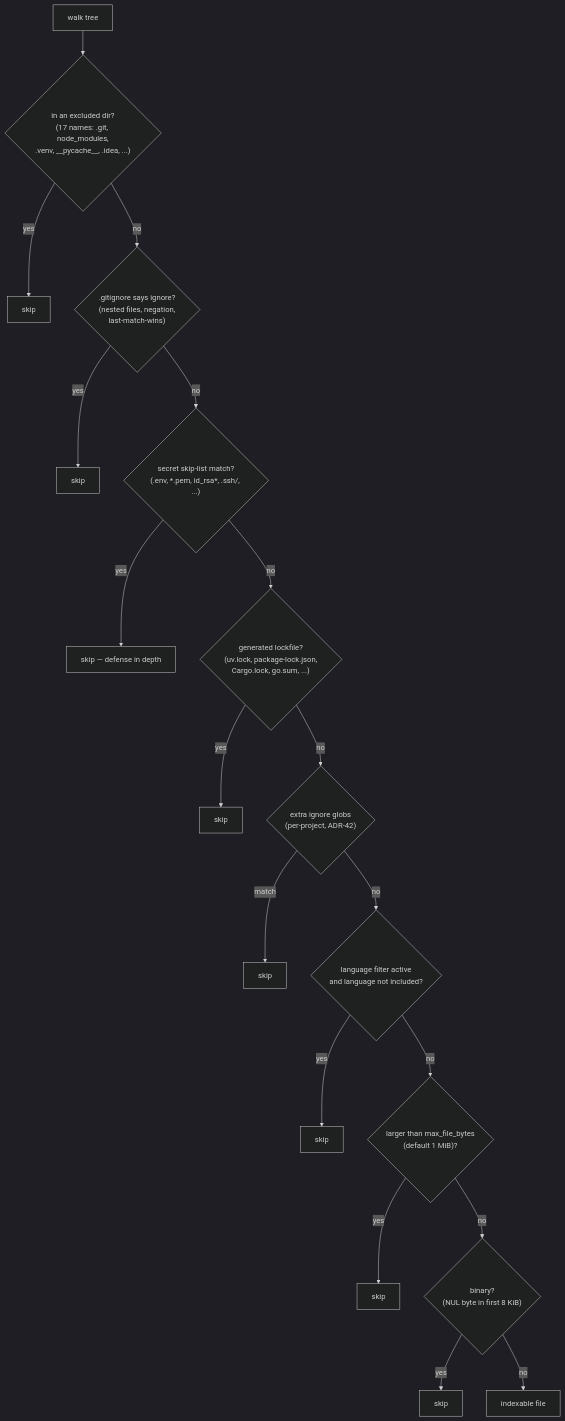
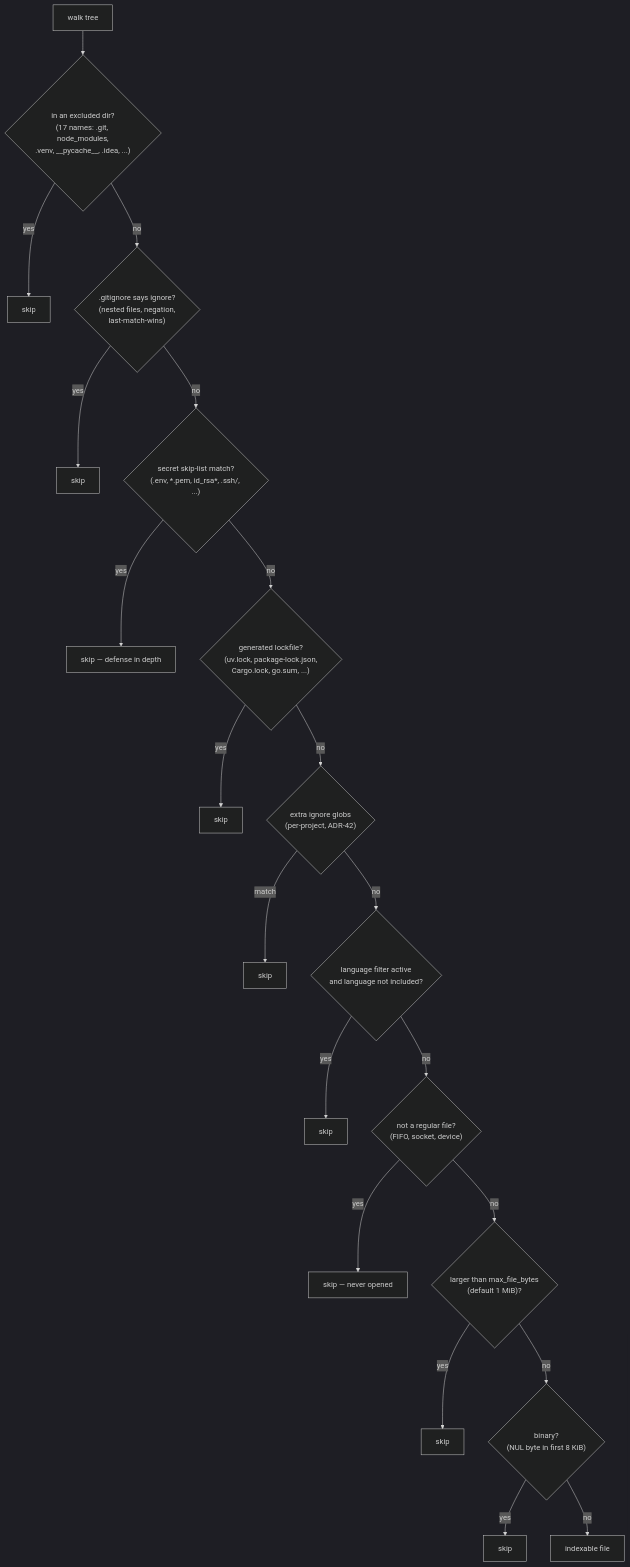
The diagram in docs/internals/discovery.md (behl1anmol/Noesis), drawn with Mermaid (dark theme) before and after one commit. The commit also changed other lines of this file and 9 other files, not shown here.

````diff
--- a/docs/internals/discovery.md
+++ b/docs/internals/discovery.md
@@ -9,20 +9,22 @@
 ```mermaid
 flowchart TB
     A["walk tree"] --> B{"in an excluded dir?\n(17 names: .git, node_modules,\n.venv, __pycache__, .idea, ...)"}
     B -- yes --> X1["skip"]
     B -- no --> C{".gitignore says ignore?\n(nested files, negation,\nlast-match-wins)"}
     C -- yes --> X2["skip"]
     C -- no --> D{"secret skip-list match?\n(.env, *.pem, id_rsa*, .ssh/, ...)"}
     D -- yes --> X3["skip — defense in depth"]
     D -- no --> E{"generated lockfile?\n(uv.lock, package-lock.json,\nCargo.lock, go.sum, ...)"}
     E -- yes --> X4["skip"]
     E -- no --> F{"extra ignore globs\n(per-project, ADR-42)"}
     F -- match --> X5["skip"]
     F -- no --> G{"language filter active\nand language not included?"}
     G -- yes --> X6["skip"]
-    G -- no --> H{"larger than max_file_bytes\n(default 1 MiB)?"}
+    G -- no --> N{"not a regular file?\n(FIFO, socket, device)"}
+    N -- yes --> X9["skip — never opened"]
+    N -- no --> H{"larger than max_file_bytes\n(default 1 MiB)?"}
     H -- yes --> X7["skip"]
     H -- no --> I{"binary?\n(NUL byte in first 8 KiB)"}
     I -- yes --> X8["skip"]
     I -- no --> J["indexable file"]
 ```
````
